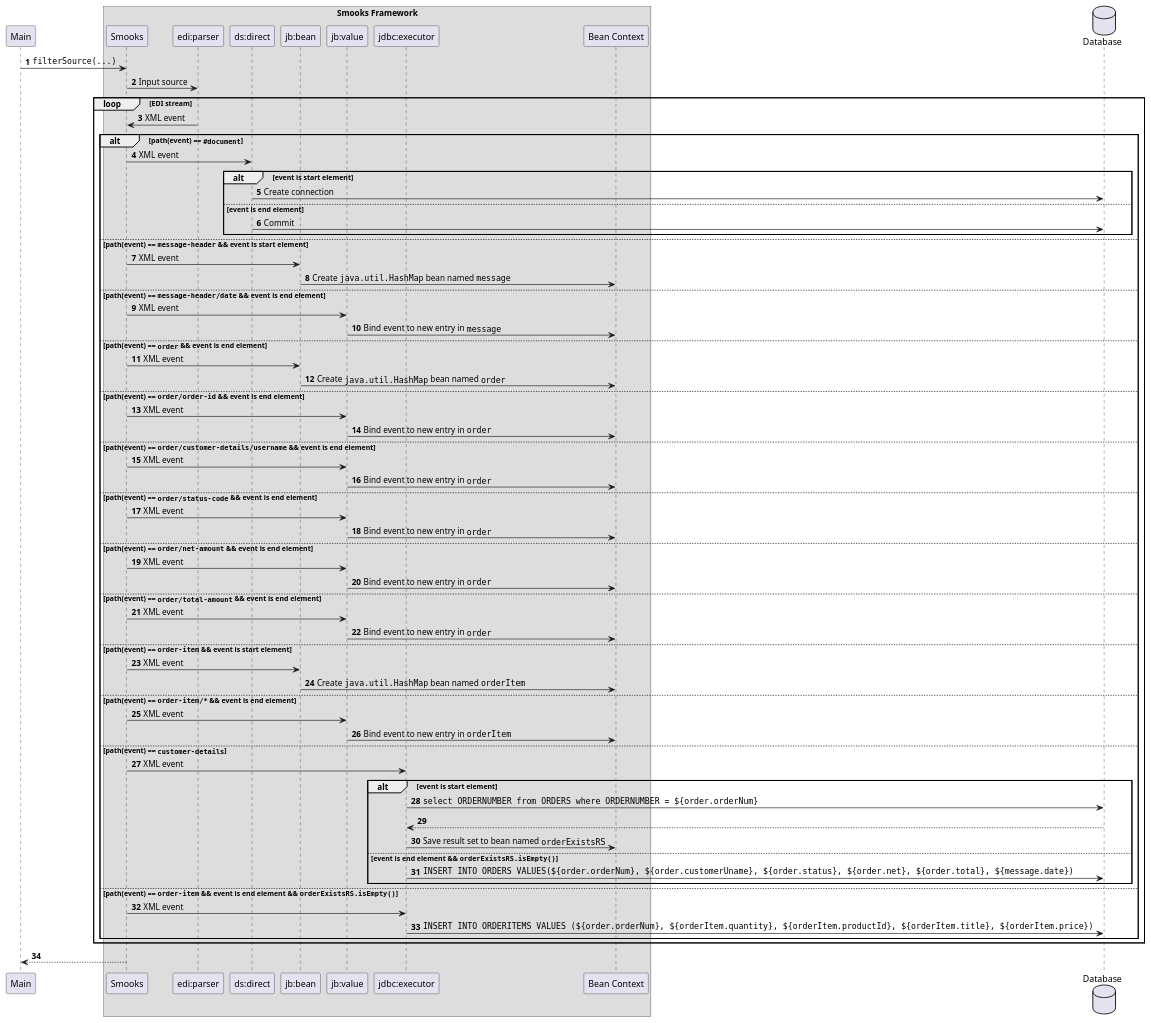
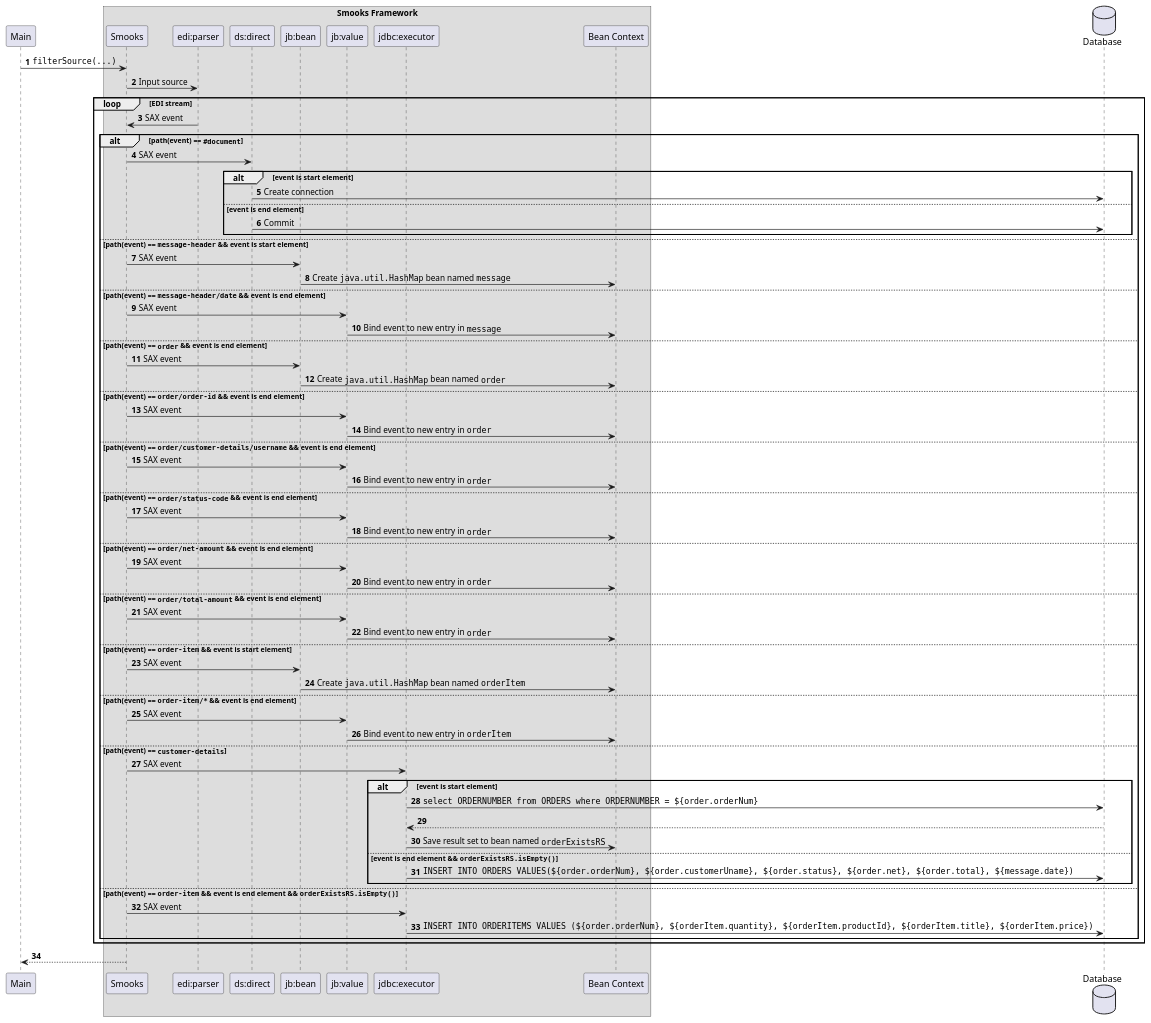
The diagram in db-extract-transform-load/docs/db-extract-transform-load.puml (smooks/smooks-examples), drawn with PlantUML before and after one commit. The commit also changed 17 other files, not shown here.

First line of the commit message:
docs: add XML-to-EDI example (#368)

```diff
--- a/db-extract-transform-load/docs/db-extract-transform-load.puml
+++ b/db-extract-transform-load/docs/db-extract-transform-load.puml
@@ -1,71 +1,71 @@
 @startuml
 participant Main
 box Smooks Framework
 participant Smooks
 participant "edi:parser"
 participant "ds:direct"
 participant "jb:bean"
 participant "jb:value"
 participant "jdbc:executor"
 participant "Bean Context"
 end box
 database Database
 autonumber
 
 Main -> Smooks : ""filterSource(...)""
 Smooks -> "edi:parser": Input source
 loop EDI stream
-    Smooks <- "edi:parser": XML event
+    Smooks <- "edi:parser": SAX event
     alt path(event) == ""#document""
-        Smooks -> "ds:direct": XML event
+        Smooks -> "ds:direct": SAX event
         alt event is start element
             "ds:direct" -> Database: Create connection
         else event is end element
             "ds:direct" -> Database: Commit
         end
     else path(event) == ""message-header"" && event is start element
-        Smooks -> "jb:bean": XML event
+        Smooks -> "jb:bean": SAX event
         "jb:bean" -> "Bean Context": Create ""java.util.HashMap"" bean named ""message""
     else path(event) == ""message-header/date"" && event is end element
-        Smooks -> "jb:value": XML event
+        Smooks -> "jb:value": SAX event
         "jb:value" -> "Bean Context": Bind event to new entry in ""message""
     else path(event) == ""order"" && event is end element
-        Smooks -> "jb:bean": XML event
+        Smooks -> "jb:bean": SAX event
         "jb:bean" -> "Bean Context": Create ""java.util.HashMap"" bean named ""order""
     else path(event) == ""order/order-id"" && event is end element
-        Smooks -> "jb:value": XML event
+        Smooks -> "jb:value": SAX event
         "jb:value" -> "Bean Context": Bind event to new entry in ""order""
     else path(event) == ""order/customer-details/username"" && event is end element
-        Smooks -> "jb:value": XML event
+        Smooks -> "jb:value": SAX event
         "jb:value" -> "Bean Context": Bind event to new entry in ""order""
     else path(event) == ""order/status-code"" && event is end element
-         Smooks -> "jb:value": XML event
+         Smooks -> "jb:value": SAX event
          "jb:value" -> "Bean Context": Bind event to new entry in ""order""
     else path(event) == ""order/net-amount"" && event is end element
-         Smooks -> "jb:value": XML event
+         Smooks -> "jb:value": SAX event
          "jb:value" -> "Bean Context": Bind event to new entry in ""order""
     else path(event) == ""order/total-amount"" && event is end element
-         Smooks -> "jb:value": XML event
+         Smooks -> "jb:value": SAX event
          "jb:value" -> "Bean Context": Bind event to new entry in ""order""
     else path(event) == ""order-item"" && event is start element
-         Smooks -> "jb:bean": XML event
+         Smooks -> "jb:bean": SAX event
          "jb:bean" -> "Bean Context": Create ""java.util.HashMap"" bean named ""orderItem""
     else path(event) == ""order-item/*"" && event is end element
-         Smooks -> "jb:value": XML event
+         Smooks -> "jb:value": SAX event
          "jb:value" -> "Bean Context": Bind event to new entry in ""orderItem""
     else path(event) == ""customer-details""
-        Smooks -> "jdbc:executor": XML event
+        Smooks -> "jdbc:executor": SAX event
         alt event is start element
             "jdbc:executor" -> Database: ""select ORDERNUMBER from ORDERS where ORDERNUMBER = ${order.orderNum}""
             Database --> "jdbc:executor"
             "jdbc:executor" -> "Bean Context":  Save result set to bean named ""orderExistsRS""
         else event is end element && ""orderExistsRS.isEmpty()""
             "jdbc:executor" -> Database: ""INSERT INTO ORDERS VALUES(${order.orderNum}, ${order.customerUname}, ${order.status}, ${order.net}, ${order.total}, ${message.date})""
         end
     else path(event) == ""order-item"" && event is end element && ""orderExistsRS.isEmpty()""
-        Smooks -> "jdbc:executor": XML event
+        Smooks -> "jdbc:executor": SAX event
         "jdbc:executor" -> Database: ""INSERT INTO ORDERITEMS VALUES (${order.orderNum}, ${orderItem.quantity}, ${orderItem.productId}, ${orderItem.title}, ${orderItem.price})""
     end
 end
 Smooks --> Main
 @enduml
```
